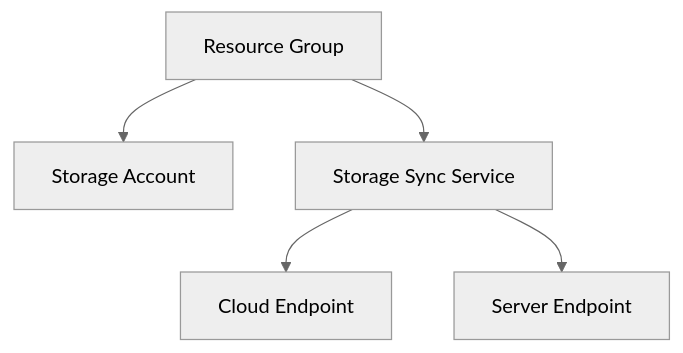
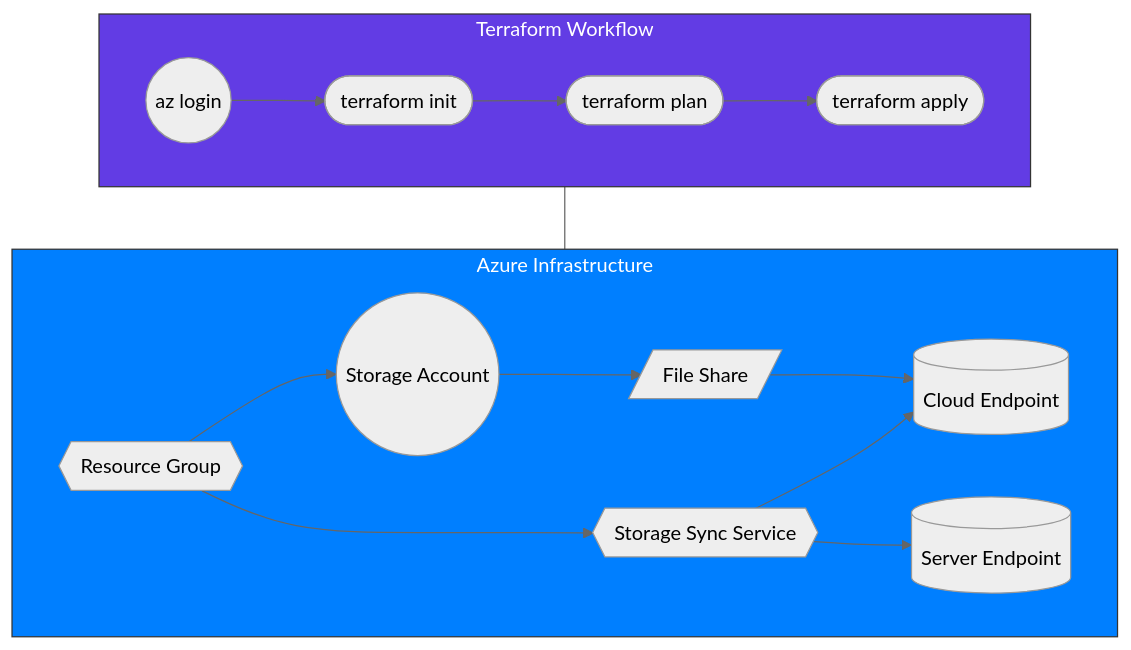
Before and after one commit to eliaquimbrandao/terraform-azure: the diagram in storage-sync/README.md, drawn with Mermaid (neutral theme). The commit also changed other lines of this file, not shown here.

````diff
--- a/storage-sync/README.md
+++ b/storage-sync/README.md
@@ -74,7 +90,21 @@
 ```mermaid
 graph TD
-    A[Resource Group] --> B[Storage Account]
-    A --> C[Storage Sync Service]
-    C --> D[Cloud Endpoint]
-    C --> E[Server Endpoint]
+    subgraph TF["Terraform Workflow"]
+        1((az login)) --> 2([terraform init])
+        2 --> 3([terraform plan])
+        3 --> 4([terraform apply])
+    end
+    style TF fill:#623CE4,stroke:#333,stroke-width:1px,color:#ffffff
+
+    subgraph AZ["Azure Infrastructure"]
+        A{{Resource Group}} --> B((Storage Account))
+        B --> F[/File Share/]
+        A --> C{{Storage Sync Service}}
+        C --> D[(Cloud Endpoint)]
+        C --> E[(Server Endpoint)]
+        F --> D
+    end
+    style AZ fill:#007FFF,stroke:#333,stroke-width:1px,color:#ffffff
+
+    TF --- AZ
 ```
````
